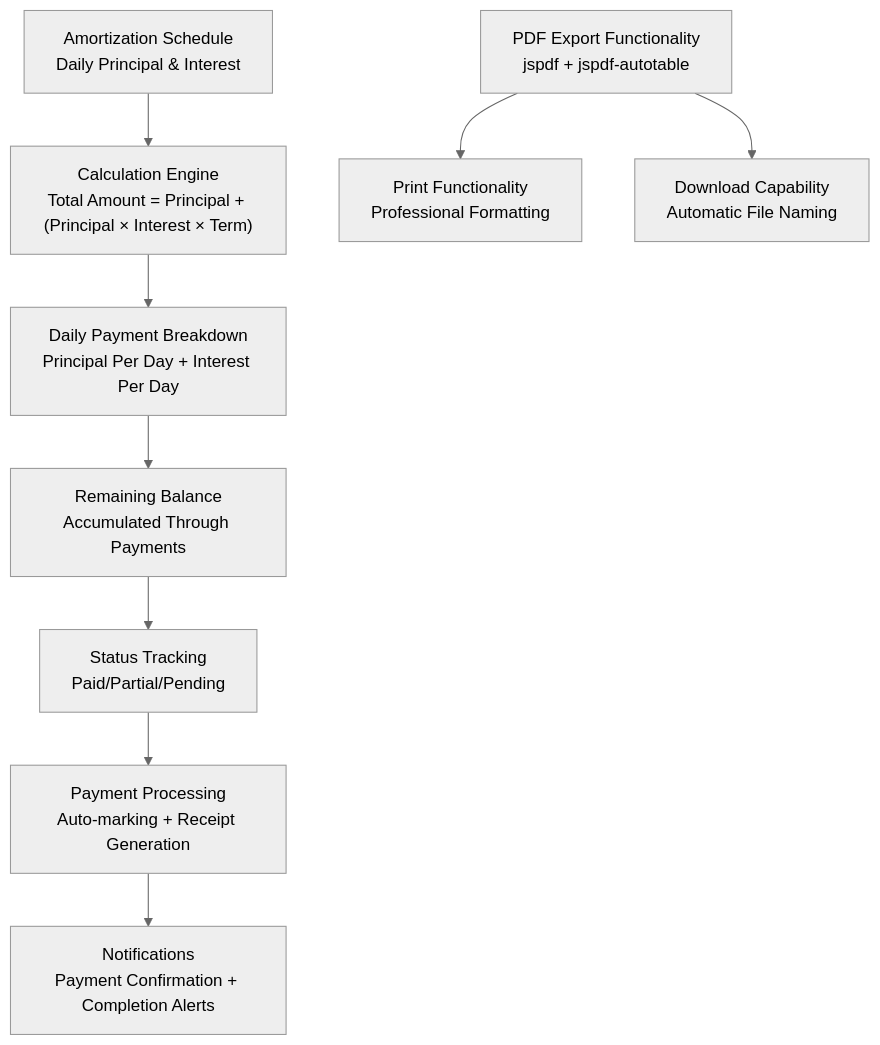
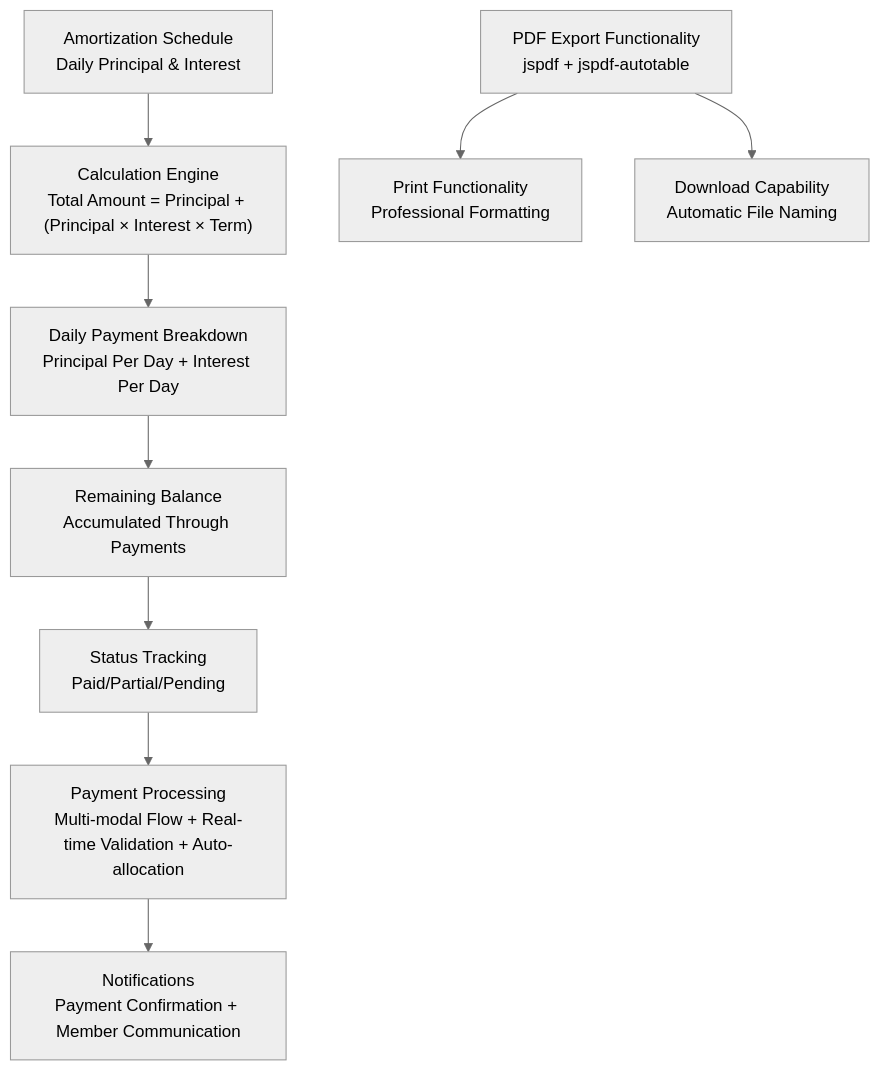
The fifth of 5 diagrams in .qoder/repowiki/en/content/Project Overview/Core Features & Functionality/Loan Management System/Loan Management System.md (Unsure-bry/sampacoop_system), drawn with Mermaid (neutral theme) before and after one commit. The commit also changed other lines of this file and 4 other files, not shown here.

````diff
--- a/.qoder/repowiki/en/content/Project Overview/Core Features & Functionality/Loan Management System/Loan Management System.md
+++ b/.qoder/repowiki/en/content/Project Overview/Core Features & Functionality/Loan Management System/Loan Management System.md
@@ -668,11 +678,11 @@
 ```mermaid
 graph TB
 AMORTIZATION["Amortization Schedule<br/>Daily Principal & Interest"] --> CALCULATION["Calculation Engine<br/>Total Amount = Principal + (Principal × Interest × Term)"]
 CALCULATION --> DAILY["Daily Payment Breakdown<br/>Principal Per Day + Interest Per Day"]
 DAILY --> BALANCE["Remaining Balance<br/>Accumulated Through Payments"]
 BALANCE --> STATUS["Status Tracking<br/>Paid/Partial/Pending"]
-STATUS --> PAYMENTS["Payment Processing<br/>Auto-marking + Receipt Generation"]
-PAYMENTS --> NOTIFICATIONS["Notifications<br/>Payment Confirmation + Completion Alerts"]
+STATUS --> PAYMENTS["Payment Processing<br/>Multi-modal Flow + Real-time Validation + Auto-allocation"]
+PAYMENTS --> NOTIFICATIONS["Notifications<br/>Payment Confirmation + Member Communication"]
 PDFEXPORT["PDF Export Functionality<br/>jspdf + jspdf-autotable"] --> PRINT["Print Functionality<br/>Professional Formatting"]
 PDFEXPORT --> DOWNLOAD["Download Capability<br/>Automatic File Naming"]
 ```
````
